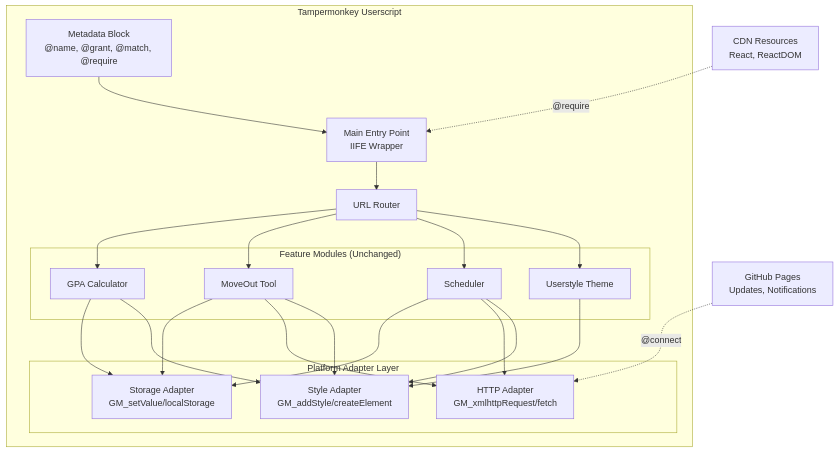
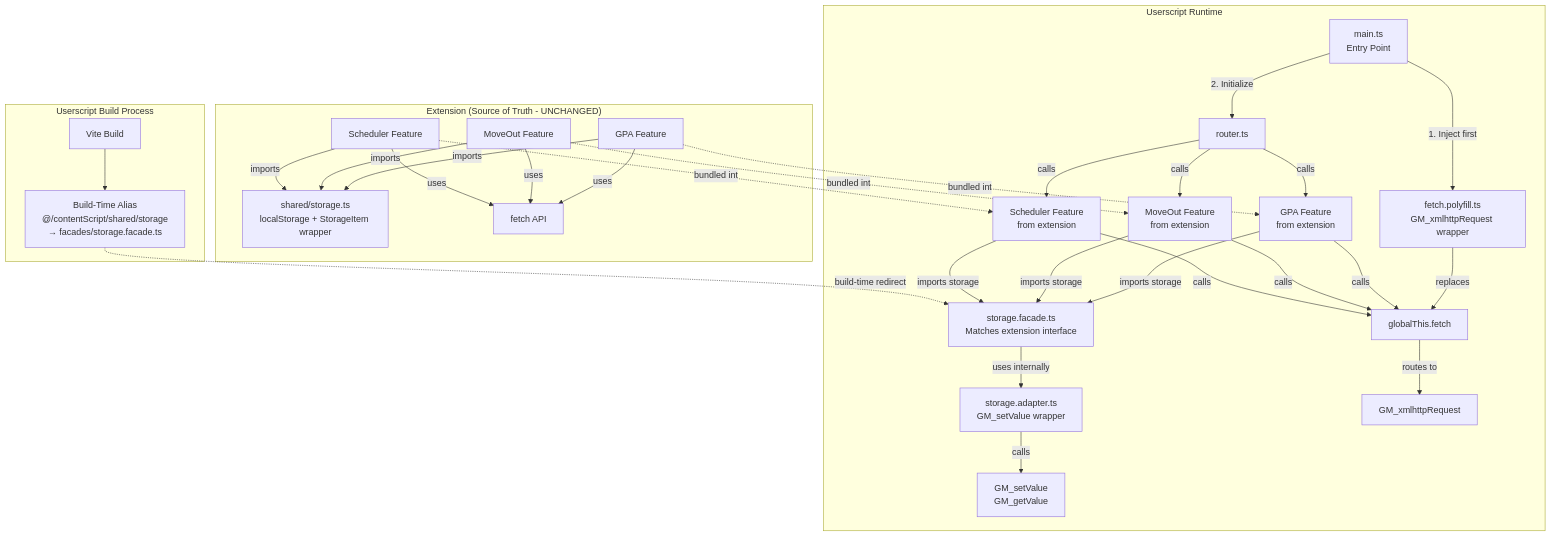
One commit to ruskicoder/fap-aio changed the first of 2 diagrams in fap-aio/.kiro/specs/fap-aio-userscript/design.md. Above: the diagram before and after it, drawn with Mermaid. The commit also changed other lines of this file and 22 other files, not shown here.

First line of the commit message:
feat: Implement storage and style adapters for FAP-AIO Userscript

````diff
--- a/fap-aio/.kiro/specs/fap-aio-userscript/design.md
+++ b/fap-aio/.kiro/specs/fap-aio-userscript/design.md
@@ -242,42 +532,58 @@
 ```mermaid
 graph TB
-    subgraph "Tampermonkey Userscript"
-        META[Metadata Block<br/>@name, @grant, @match, @require]
-        MAIN[Main Entry Point<br/>IIFE Wrapper]
+    subgraph "Extension (Source of Truth - UNCHANGED)"
+        EXT_GPA[GPA Feature]
+        EXT_MO[MoveOut Feature]
+        EXT_SCHED[Scheduler Feature]
+        EXT_STORAGE[shared/storage.ts<br/>localStorage + StorageItem wrapper]
         
-        subgraph "Platform Adapter Layer"
-            STORAGE[Storage Adapter<br/>GM_setValue/localStorage]
-            HTTP[HTTP Adapter<br/>GM_xmlhttpRequest/fetch]
-            STYLE[Style Adapter<br/>GM_addStyle/createElement]
-        end
+        EXT_GPA --> |imports| EXT_STORAGE
+        EXT_MO --> |imports| EXT_STORAGE
+        EXT_SCHED --> |imports| EXT_STORAGE
         
-        subgraph "Feature Modules (Unchanged)"
-            GPA[GPA Calculator]
-            MOVEOUT[MoveOut Tool]
-            SCHED[Scheduler]
-            USERSTYLE[Userstyle Theme]
-        end
-        
-        ROUTER[URL Router]
-        
-        META --> MAIN
-        MAIN --> ROUTER
-        ROUTER --> GPA
-        ROUTER --> MOVEOUT
-        ROUTER --> SCHED
-        ROUTER --> USERSTYLE
-        
-        GPA --> STORAGE
-        GPA --> STYLE
-        MOVEOUT --> STORAGE
-        MOVEOUT --> HTTP
-        MOVEOUT --> STYLE
-        SCHED --> STORAGE
-        SCHED --> HTTP
-        SCHED --> STYLE
-        USERSTYLE --> STYLE
+        EXT_GPA --> |uses| FETCH[fetch API]
+        EXT_MO --> |uses| FETCH
+        EXT_SCHED --> |uses| FETCH
     end
     
-    CDN[CDN Resources<br/>React, ReactDOM] -.@require.-> MAIN
-    GITHUB[GitHub Pages<br/>Updates, Notifications] -.@connect.-> HTTP
+    subgraph "Userscript Build Process"
+        VITE[Vite Build]
+        ALIAS[Build-Time Alias<br/>@/contentScript/shared/storage<br/>→ facades/storage.facade.ts]
+        
+        VITE --> ALIAS
+    end
+    
+    subgraph "Userscript Runtime"
+        US_MAIN[main.ts<br/>Entry Point]
+        FETCH_POLY[fetch.polyfill.ts<br/>GM_xmlhttpRequest wrapper]
+        FACADE[storage.facade.ts<br/>Matches extension interface]
+        ADAPTER[storage.adapter.ts<br/>GM_setValue wrapper]
+        
+        US_MAIN --> |1. Inject first| FETCH_POLY
+        US_MAIN --> |2. Initialize| US_ROUTER[router.ts]
+        
+        FETCH_POLY --> |replaces| GLOBAL_FETCH[globalThis.fetch]
+        
+        US_ROUTER --> |calls| US_GPA[GPA Feature<br/>from extension]
+        US_ROUTER --> |calls| US_MO[MoveOut Feature<br/>from extension]
+        US_ROUTER --> |calls| US_SCHED[Scheduler Feature<br/>from extension]
+        
+        US_GPA --> |imports storage| FACADE
+        US_MO --> |imports storage| FACADE
+        US_SCHED --> |imports storage| FACADE
+        
+        FACADE --> |uses internally| ADAPTER
+        ADAPTER --> |calls| GM_API[GM_setValue<br/>GM_getValue]
+        
+        US_GPA --> |calls| GLOBAL_FETCH
+        US_MO --> |calls| GLOBAL_FETCH
+        US_SCHED --> |calls| GLOBAL_FETCH
+        
+        GLOBAL_FETCH --> |routes to| GM_XHR[GM_xmlhttpRequest]
+    end
+    
+    ALIAS -.build-time redirect.-> FACADE
+    EXT_GPA -.bundled into.-> US_GPA
+    EXT_MO -.bundled into.-> US_MO
+    EXT_SCHED -.bundled into.-> US_SCHED
 ```
````
